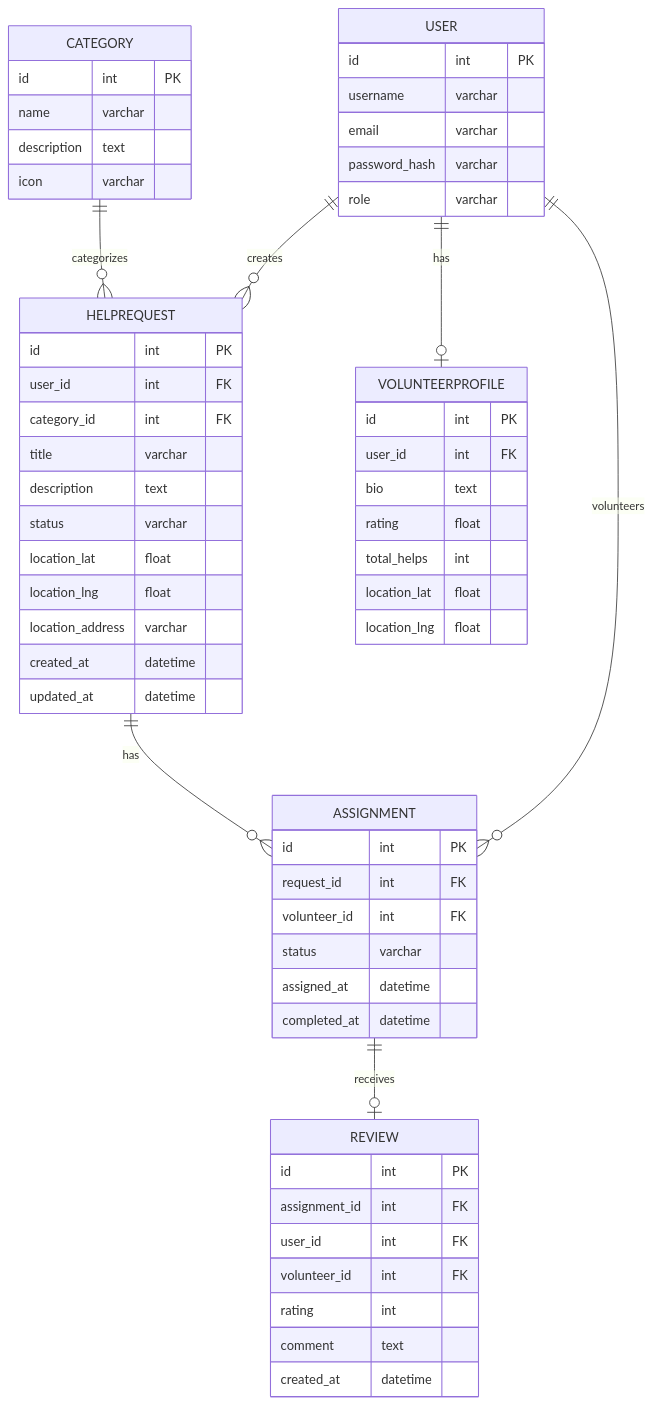
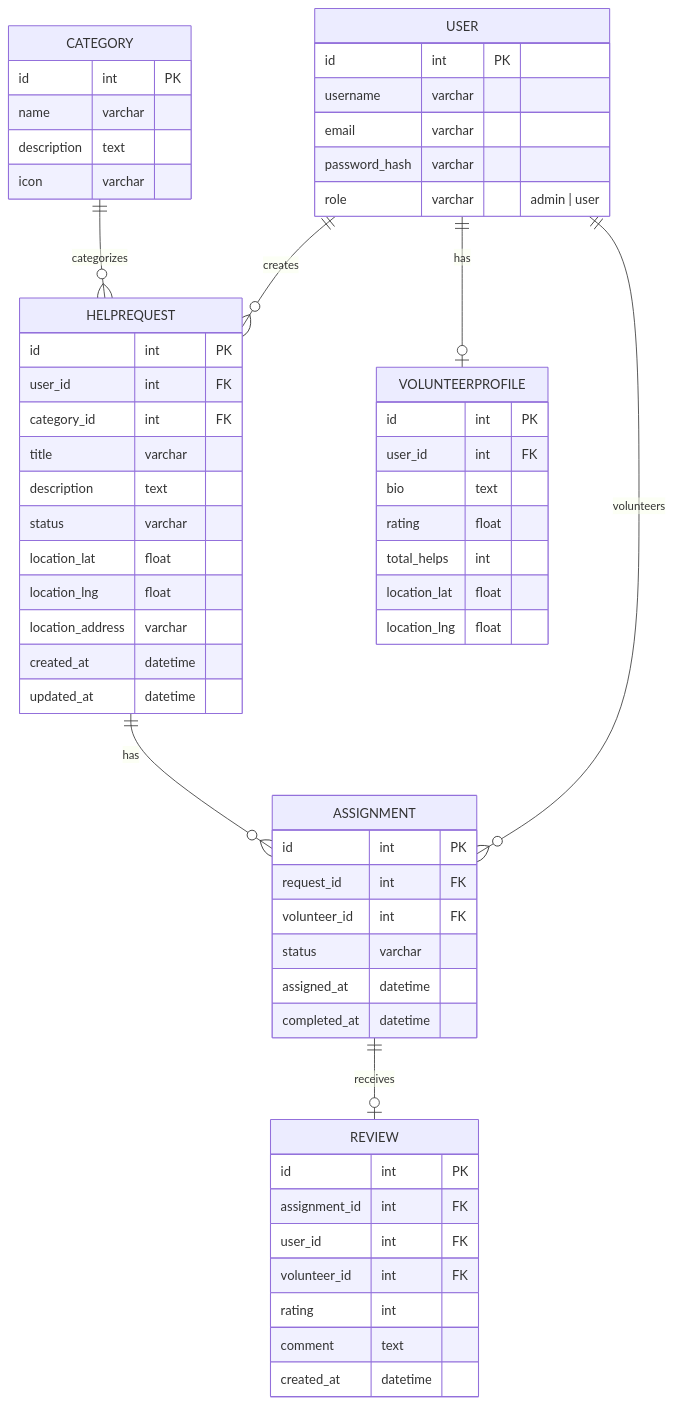
Before and after one commit to gleb7499/WT-AC-2025-CourseWork-Guys: the diagram in BurakIlya/task_01/R1_ERD.md, drawn with Mermaid. The commit also changed other lines of this file and 55 other files, not shown here.

````diff
--- a/BurakIlya/task_01/R1_ERD.md
+++ b/BurakIlya/task_01/R1_ERD.md
@@ -7,62 +7,62 @@
 ```mermaid
 erDiagram
   USER ||--o{ HELPREQUEST : creates
   USER ||--o| VOLUNTEERPROFILE : has
   CATEGORY ||--o{ HELPREQUEST : categorizes
   HELPREQUEST ||--o{ ASSIGNMENT : has
   USER ||--o{ ASSIGNMENT : volunteers
   ASSIGNMENT ||--o| REVIEW : receives
 
   USER {
    id int PK
    username varchar
    email varchar
    password_hash varchar
-   role varchar
+   role varchar "admin | user"
   }
   CATEGORY {
    id int PK
    name varchar
    description text
    icon varchar
   }
   HELPREQUEST {
    id int PK
    user_id int FK
    category_id int FK
    title varchar
    description text
    status varchar
    location_lat float
    location_lng float
    location_address varchar
    created_at datetime
    updated_at datetime
   }
   VOLUNTEERPROFILE {
    id int PK
    user_id int FK
    bio text
    rating float
    total_helps int
    location_lat float
    location_lng float
   }
   ASSIGNMENT {
    id int PK
    request_id int FK
    volunteer_id int FK
    status varchar
    assigned_at datetime
    completed_at datetime
   }
   REVIEW {
    id int PK
    assignment_id int FK
    user_id int FK
    volunteer_id int FK
    rating int
    comment text
    created_at datetime
   }
 ```
````
